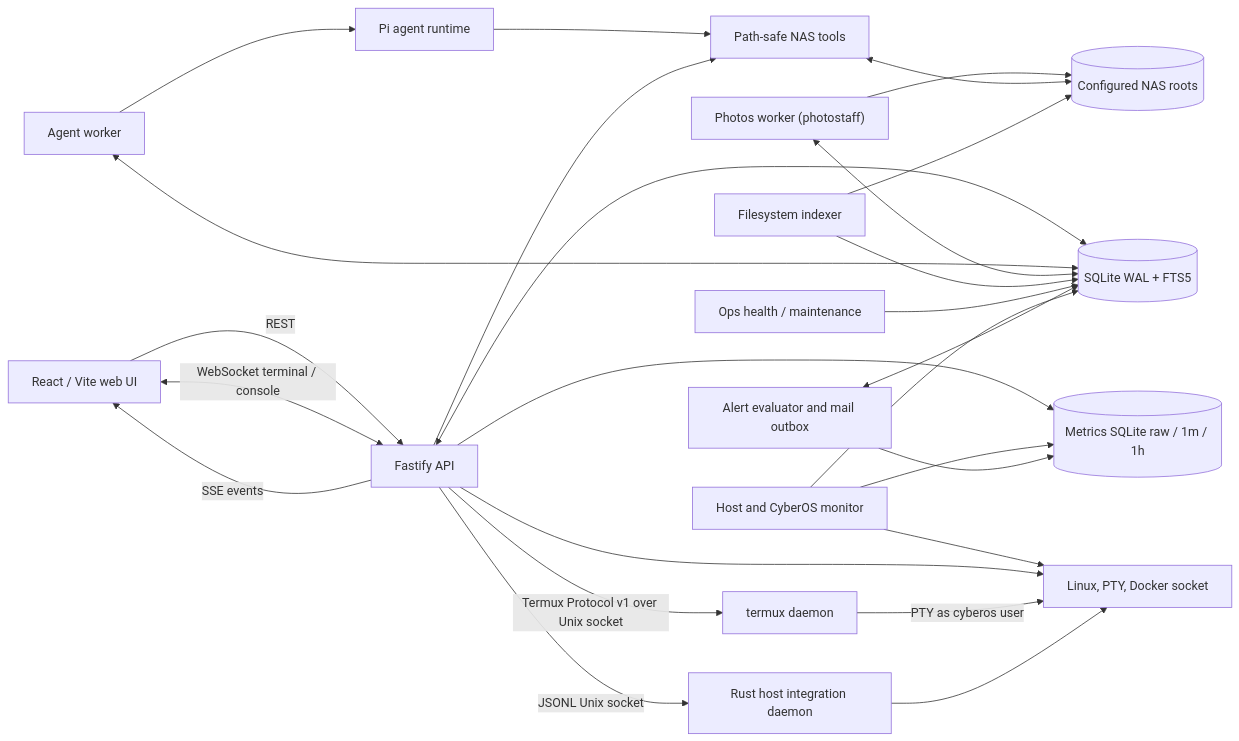
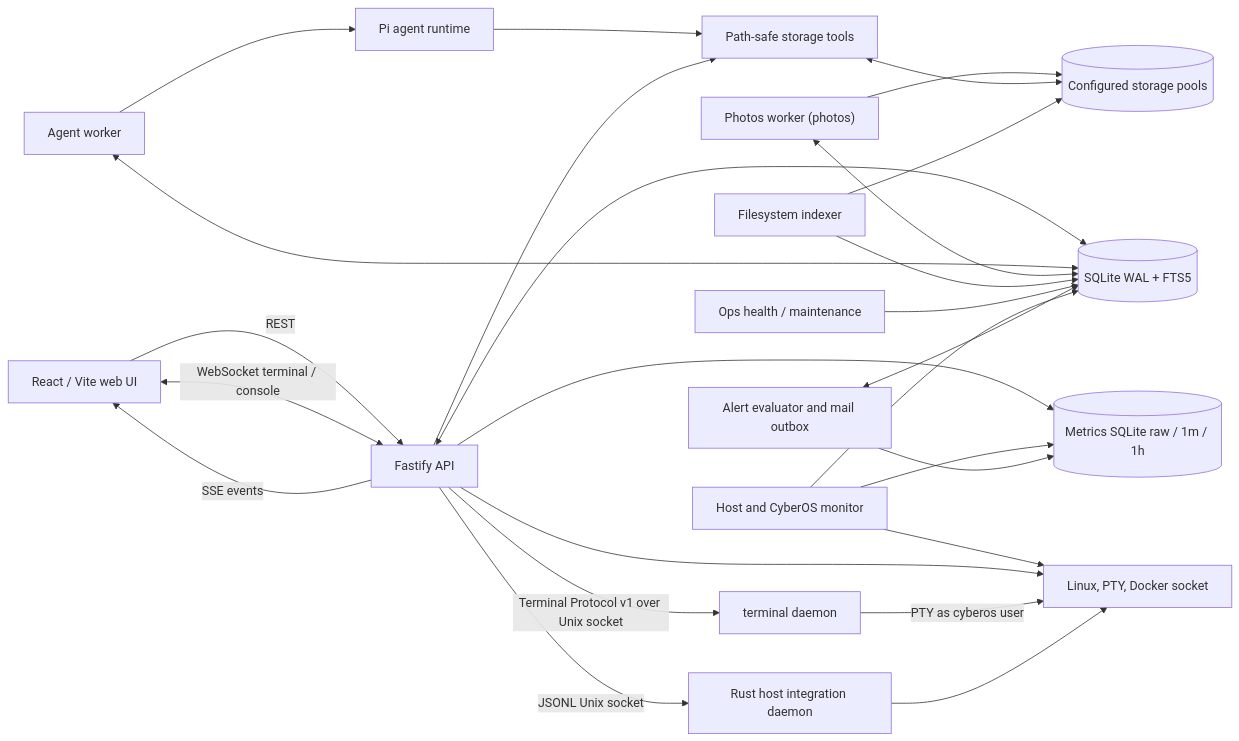
One commit to zhubby/CyberOS changed the diagram in README.md. Above: the diagram before and after it, drawn with Mermaid. The commit also changed other lines of this file and 505 other files, not shown here.

First line of the commit message:
feat!: converge CyberOS on a clean 2.0 architecture

````diff
--- a/README.md
+++ b/README.md
@@ -76,44 +73,44 @@
 ```mermaid
 flowchart LR
   Browser["React / Vite web UI"]
   API["Fastify API"]
   DB[("SQLite WAL + FTS5")]
   Metrics[("Metrics SQLite raw / 1m / 1h")]
   Worker["Agent worker"]
-  PhotoWorker["Photos worker (photostaff)"]
+  PhotoWorker["Photos worker (photos)"]
   Agent["Pi agent runtime"]
   Indexer["Filesystem indexer"]
   Ops["Ops health / maintenance"]
   Monitor["Host and CyberOS monitor"]
   Alerter["Alert evaluator and mail outbox"]
-  Tools["Path-safe NAS tools"]
-  Roots[("Configured NAS roots")]
+  Tools["Path-safe storage tools"]
+  Roots[("Configured storage pools")]
   Host["Linux, PTY, Docker socket"]
   Hostd["Rust host integration daemon"]
 
   Browser -->|REST| API
   API -->|SSE events| Browser
   Browser <-->|WebSocket terminal / console| API
   API <--> DB
   API --> Metrics
   Worker <--> DB
   Worker --> Agent
   PhotoWorker <--> DB
   PhotoWorker --> Roots
   Agent --> Tools
   API --> Tools
   Tools <--> Roots
   Indexer --> Roots
   Indexer --> DB
   Ops --> DB
   Monitor --> Metrics
   Monitor --> DB
   Monitor --> Host
   Alerter --> Metrics
   Alerter <--> DB
   API --> Host
-  API -->|Termux Protocol v1 over Unix socket| Termux[termux daemon]
-  Termux -->|PTY as cyberos user| Host
+  API -->|Terminal Protocol v1 over Unix socket| Terminal[terminal daemon]
+  Terminal -->|PTY as cyberos user| Host
   API -->|JSONL Unix socket| Hostd
   Hostd --> Host
 ```
````
